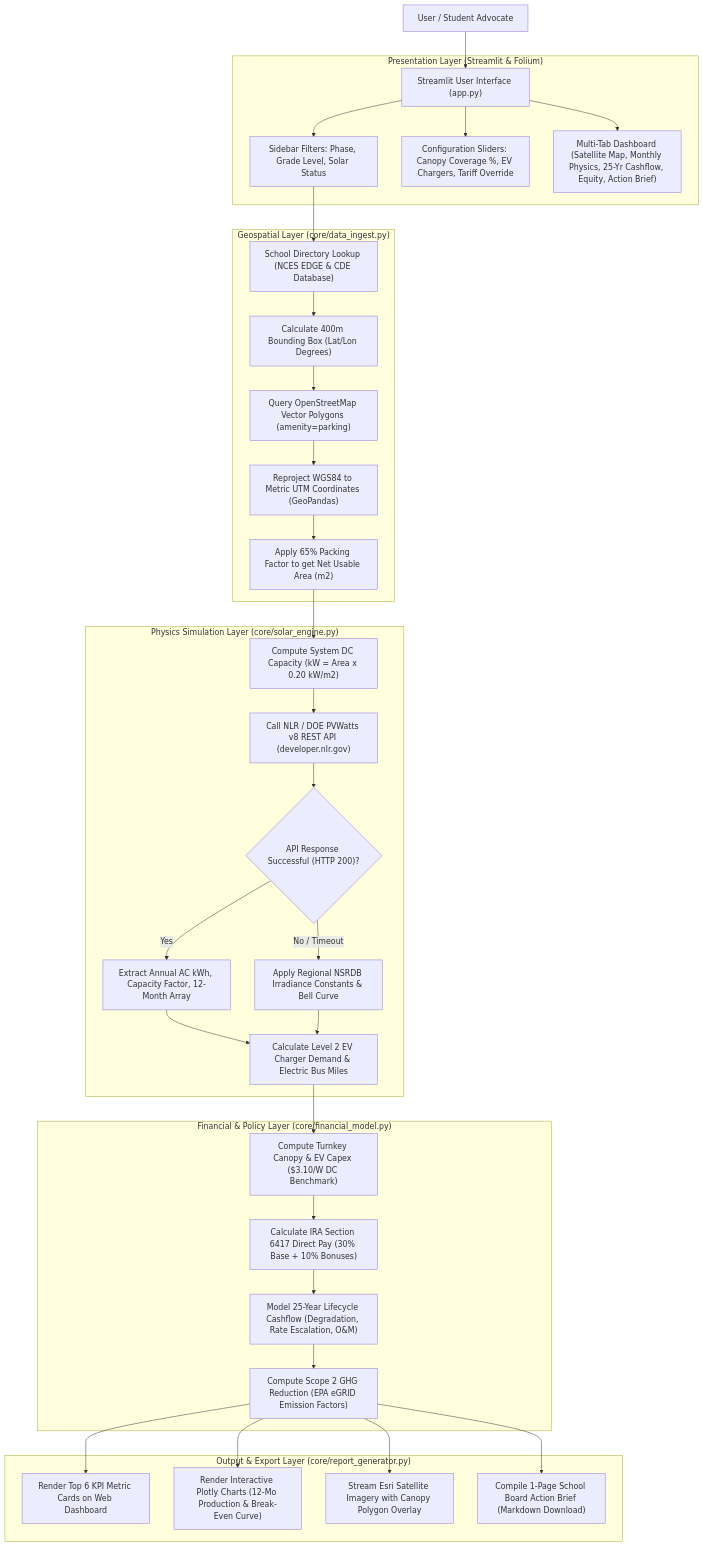
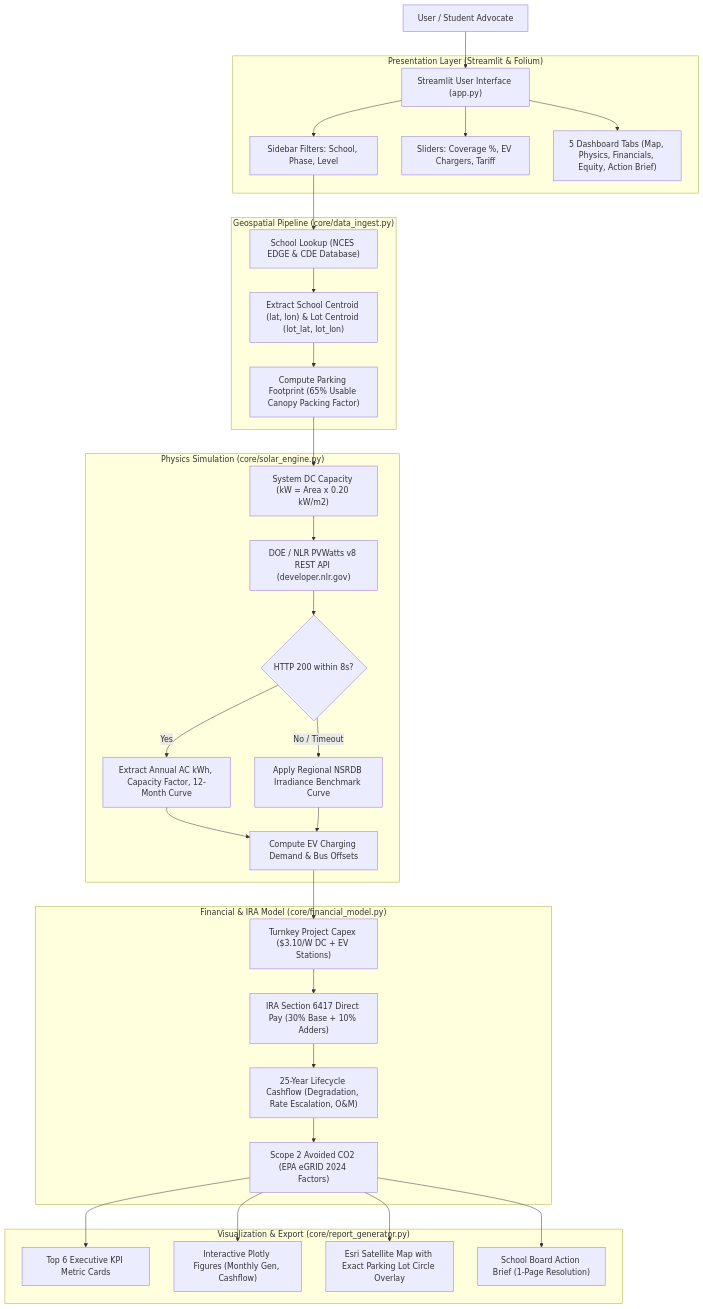
One commit to pranav-balaji/svyca2026 changed the first of 3 diagrams in DetailedDesignDocument.md. Above: the diagram before and after it, drawn with Mermaid. The commit also changed other lines of this file and 3 other files, not shown here.

Commit message:
Center canopy overlay on parking lot coordinates and streamline design document

````diff
--- a/DetailedDesignDocument.md
+++ b/DetailedDesignDocument.md
@@ -36,42 +37,40 @@
 ```mermaid
 flowchart TD
     User["User / Student Advocate"] --> UI["Streamlit User Interface (app.py)"]
     
     subgraph Presentation ["Presentation Layer (Streamlit & Folium)"]
-        UI --> FilterSelector["Sidebar Filters: Phase, Grade Level, Solar Status"]
-        UI --> ParameterSliders["Configuration Sliders: Canopy Coverage %, EV Chargers, Tariff Override"]
-        UI --> Tabs["Multi-Tab Dashboard (Satellite Map, Monthly Physics, 25-Yr Cashflow, Equity, Action Brief)"]
+        UI --> FilterSelector["Sidebar Filters: School, Phase, Level"]
+        UI --> ParameterSliders["Sliders: Coverage %, EV Chargers, Tariff"]
+        UI --> Tabs["5 Dashboard Tabs (Map, Physics, Financials, Equity, Action Brief)"]
     end
 
-    subgraph DataIngest ["Geospatial Layer (core/data_ingest.py)"]
-        FilterSelector --> DirectoryLookup["School Directory Lookup (NCES EDGE & CDE Database)"]
-        DirectoryLookup --> BoundingBox["Calculate 400m Bounding Box (Lat/Lon Degrees)"]
-        BoundingBox --> OSMQuery["Query OpenStreetMap Vector Polygons (amenity=parking)"]
-        OSMQuery --> UTMReprojection["Reproject WGS84 to Metric UTM Coordinates (GeoPandas)"]
-        UTMReprojection --> NetCanopyCalc["Apply 65% Packing Factor to get Net Usable Area (m2)"]
+    subgraph Geospatial ["Geospatial Pipeline (core/data_ingest.py)"]
+        FilterSelector --> DirectoryLookup["School Lookup (NCES EDGE & CDE Database)"]
+        DirectoryLookup --> GPSCoord["Extract School Centroid (lat, lon) & Lot Centroid (lot_lat, lot_lon)"]
+        GPSCoord --> FootprintCalc["Compute Parking Footprint (65% Usable Canopy Packing Factor)"]
     end
 
-    subgraph PhysicsEngine ["Physics Simulation Layer (core/solar_engine.py)"]
-        NetCanopyCalc --> CapacityCalc["Compute System DC Capacity (kW = Area x 0.20 kW/m2)"]
-        CapacityCalc --> NLRAPI["Call NLR / DOE PVWatts v8 REST API (developer.nlr.gov)"]
-        NLRAPI --> ResponseCheck{"API Response Successful (HTTP 200)?"}
-        ResponseCheck -- "Yes" --> ParseJSON["Extract Annual AC kWh, Capacity Factor, 12-Month Array"]
-        ResponseCheck -- "No / Timeout" --> NSRDBFallback["Apply Regional NSRDB Irradiance Constants & Bell Curve"]
-        ParseJSON --> EVSynergy["Calculate Level 2 EV Charger Demand & Electric Bus Miles"]
+    subgraph PhysicsEngine ["Physics Simulation (core/solar_engine.py)"]
+        FootprintCalc --> CapacityCalc["System DC Capacity (kW = Area x 0.20 kW/m2)"]
+        CapacityCalc --> NLRAPI["DOE / NLR PVWatts v8 REST API (developer.nlr.gov)"]
+        NLRAPI --> ResponseCheck{"HTTP 200 within 8s?"}
+        ResponseCheck -- "Yes" --> ParseJSON["Extract Annual AC kWh, Capacity Factor, 12-Month Curve"]
+        ResponseCheck -- "No / Timeout" --> NSRDBFallback["Apply Regional NSRDB Irradiance Benchmark Curve"]
+        ParseJSON --> EVSynergy["Compute EV Charging Demand & Bus Offsets"]
         NSRDBFallback --> EVSynergy
     end
 
-    subgraph FinancialEngine ["Financial & Policy Layer (core/financial_model.py)"]
-        EVSynergy --> TurnkeyCost["Compute Turnkey Canopy & EV Capex ($3.10/W DC Benchmark)"]
-        TurnkeyCost --> IRADirectPay["Calculate IRA Section 6417 Direct Pay (30% Base + 10% Bonuses)"]
-        IRADirectPay --> CashflowModel["Model 25-Year Lifecycle Cashflow (Degradation, Rate Escalation, O&M)"]
-        CashflowModel --> CarbonAbatement["Compute Scope 2 GHG Reduction (EPA eGRID Emission Factors)"]
+    subgraph FinancialEngine ["Financial & IRA Model (core/financial_model.py)"]
+        EVSynergy --> TurnkeyCapex["Turnkey Project Capex ($3.10/W DC + EV Stations)"]
+        TurnkeyCapex --> IRADirectPay["IRA Section 6417 Direct Pay (30% Base + 10% Adders)"]
+        IRADirectPay --> Cashflow25Yr["25-Year Lifecycle Cashflow (Degradation, Rate Escalation, O&M)"]
+        Cashflow25Yr --> CarbonAvoidance["Scope 2 Avoided CO2 (EPA eGRID 2024 Factors)"]
     end
 
-    subgraph OutputLayer ["Output & Export Layer (core/report_generator.py)"]
-        CarbonAbatement --> TopKPIs["Render Top 6 KPI Metric Cards on Web Dashboard"]
-        CarbonAbatement --> PlotlyCharts["Render Interactive Plotly Charts (12-Mo Production & Break-Even Curve)"]
-        CarbonAbatement --> LeafletMap["Stream Esri Satellite Imagery with Canopy Polygon Overlay"]
-        CarbonAbatement --> ActionBrief["Compile 1-Page School Board Action Brief (Markdown Download)"]
+    subgraph OutputLayer ["Visualization & Export (core/report_generator.py)"]
+        CarbonAvoidance --> KPICards["Top 6 Executive KPI Metric Cards"]
+        CarbonAvoidance --> PlotlyCharts["Interactive Plotly Figures (Monthly Gen, Cashflow)"]
+        CarbonAvoidance --> LeafletMap["Esri Satellite Map with Exact Parking Lot Circle Overlay"]
+        CarbonAvoidance --> ActionBrief["School Board Action Brief (1-Page Resolution)"]
     end
 ```
````
